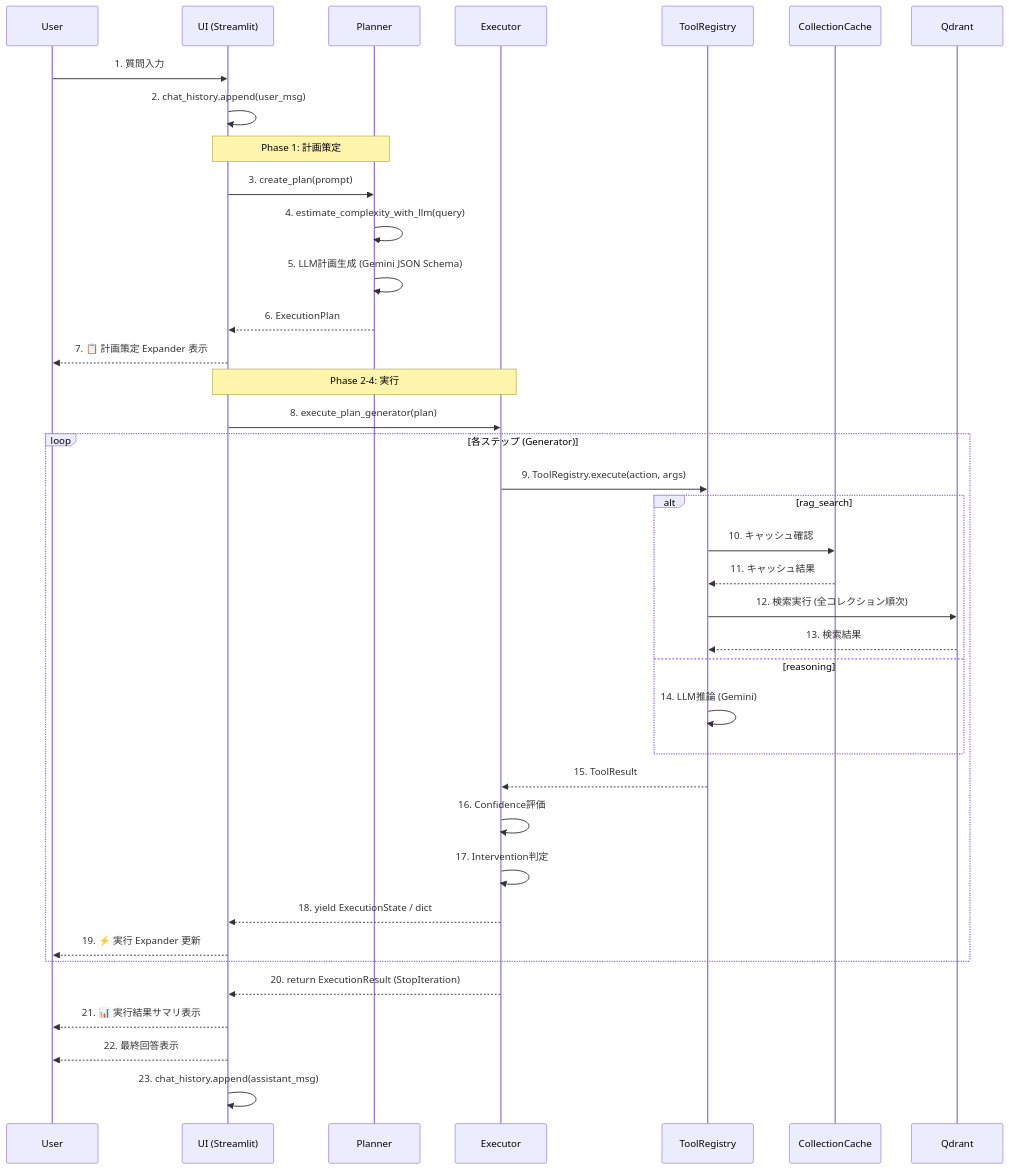
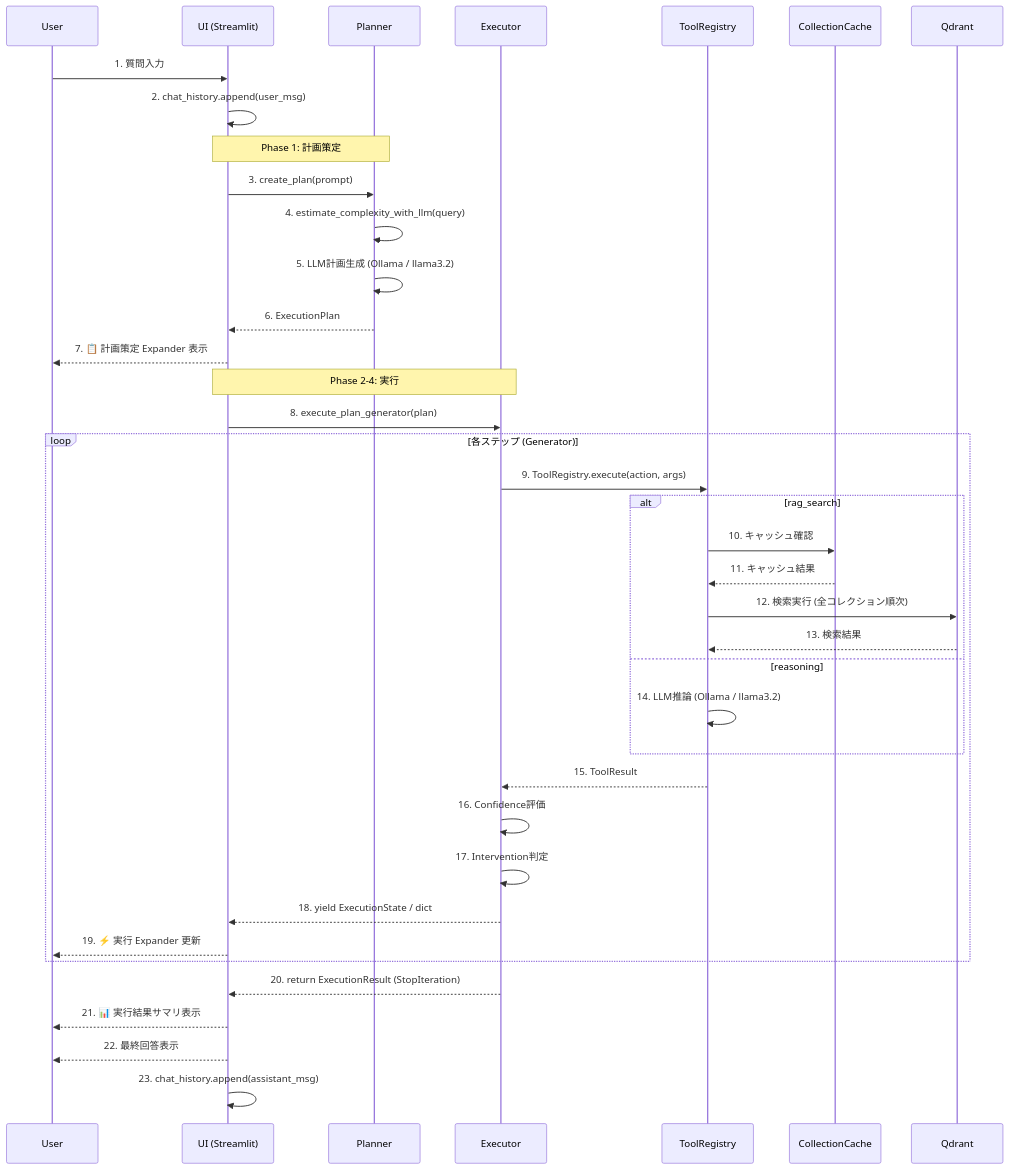
The eighth of 13 diagrams in readme_autonomous_agent.md (nakashima2toshio/ollama_grace_agent), drawn with Mermaid before and after one commit. The commit also changed other lines of this file, not shown here.

First line of the commit message:
docs: update readme_autonomous_agent.md from Gemini to Ollama

````diff
--- a/readme_autonomous_agent.md
+++ b/readme_autonomous_agent.md
@@ -617,50 +618,50 @@
 ```mermaid
 sequenceDiagram
     participant User as User
     participant UI as UI (Streamlit)
     participant Planner as Planner
     participant Executor as Executor
     participant Tools as ToolRegistry
     participant Cache as CollectionCache
     participant Qdrant as Qdrant
 
     User->>UI: 1. 質問入力
     UI->>UI: 2. chat_history.append(user_msg)
 
     Note over UI,Planner: Phase 1: 計画策定
 
     UI->>Planner: 3. create_plan(prompt)
     Planner->>Planner: 4. estimate_complexity_with_llm(query)
-    Planner->>Planner: 5. LLM計画生成 (Gemini JSON Schema)
+    Planner->>Planner: 5. LLM計画生成 (Ollama / llama3.2)
     Planner-->>UI: 6. ExecutionPlan
     UI-->>User: 7. 📋 計画策定 Expander 表示
 
     Note over UI,Executor: Phase 2-4: 実行
 
     UI->>Executor: 8. execute_plan_generator(plan)
 
     loop 各ステップ (Generator)
         Executor->>Tools: 9. ToolRegistry.execute(action, args)
 
         alt rag_search
             Tools->>Cache: 10. キャッシュ確認
             Cache-->>Tools: 11. キャッシュ結果
             Tools->>Qdrant: 12. 検索実行 (全コレクション順次)
             Qdrant-->>Tools: 13. 検索結果
         else reasoning
-            Tools->>Tools: 14. LLM推論 (Gemini)
+            Tools->>Tools: 14. LLM推論 (Ollama / llama3.2)
         end
 
         Tools-->>Executor: 15. ToolResult
         Executor->>Executor: 16. Confidence評価
         Executor->>Executor: 17. Intervention判定
 
         Executor-->>UI: 18. yield ExecutionState / dict
         UI-->>User: 19. ⚡ 実行 Expander 更新
     end
 
     Executor-->>UI: 20. return ExecutionResult (StopIteration)
     UI-->>User: 21. 📊 実行結果サマリ表示
     UI-->>User: 22. 最終回答表示
     UI->>UI: 23. chat_history.append(assistant_msg)
 ```
````
